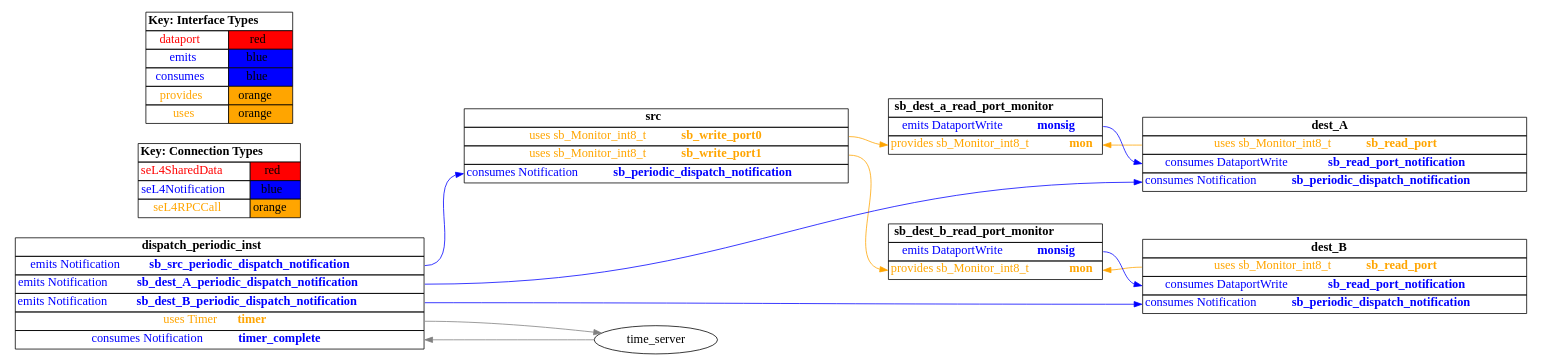
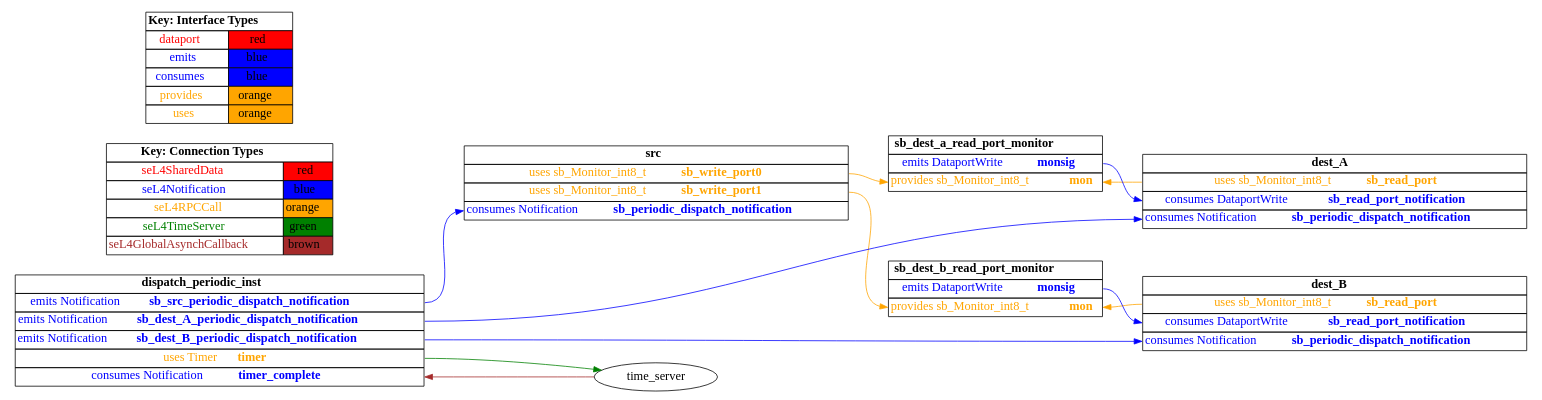
The diagram in TA5/tool-evaluation-4/HAMR/examples/test_data_port_periodic_fan_out/CAmkES_seL4_TB/graph.dot (loonwerks/CASE), drawn with Graphviz before and after one commit. The commit also changed 59 other files, not shown here.

```diff
--- a/TA5/tool-evaluation-4/HAMR/examples/test_data_port_periodic_fan_out/CAmkES_seL4_TB/graph.dot
+++ b/TA5/tool-evaluation-4/HAMR/examples/test_data_port_periodic_fan_out/CAmkES_seL4_TB/graph.dot
@@ -1,177 +1,179 @@
 digraph g {
 graph [
   overlap = false,
   rankdir = "LR"
 ];
 node [
   fontsize = "16",
   shape = "ellipse"
 ];
 edge [
 ];
 
 src [
   label=<
     <TABLE BORDER="0" CELLBORDER="1" CELLSPACING="0">
       <TR><TD><B>src</B></TD></TR>
       <TR><TD PORT="sb_write_port0"><FONT COLOR="orange">uses sb_Monitor_int8_t <B>sb_write_port0</B></FONT></TD></TR>
       <TR><TD PORT="sb_write_port1"><FONT COLOR="orange">uses sb_Monitor_int8_t <B>sb_write_port1</B></FONT></TD></TR>
       <TR><TD PORT="sb_periodic_dispatch_notification"><FONT COLOR="blue">consumes Notification <B>sb_periodic_dispatch_notification</B></FONT></TD></TR>"
     </TABLE>
   >
   shape=plaintext
 ];
 
 dest_A [
   label=<
     <TABLE BORDER="0" CELLBORDER="1" CELLSPACING="0">
       <TR><TD><B>dest_A</B></TD></TR>
       <TR><TD PORT="sb_read_port"><FONT COLOR="orange">uses sb_Monitor_int8_t <B>sb_read_port</B></FONT></TD></TR>
       <TR><TD PORT="sb_read_port_notification"><FONT COLOR="blue">consumes DataportWrite <B>sb_read_port_notification</B></FONT></TD></TR>
       <TR><TD PORT="sb_periodic_dispatch_notification"><FONT COLOR="blue">consumes Notification <B>sb_periodic_dispatch_notification</B></FONT></TD></TR>"
     </TABLE>
   >
   shape=plaintext
 ];
 
 dest_B [
   label=<
     <TABLE BORDER="0" CELLBORDER="1" CELLSPACING="0">
       <TR><TD><B>dest_B</B></TD></TR>
       <TR><TD PORT="sb_read_port"><FONT COLOR="orange">uses sb_Monitor_int8_t <B>sb_read_port</B></FONT></TD></TR>
       <TR><TD PORT="sb_read_port_notification"><FONT COLOR="blue">consumes DataportWrite <B>sb_read_port_notification</B></FONT></TD></TR>
       <TR><TD PORT="sb_periodic_dispatch_notification"><FONT COLOR="blue">consumes Notification <B>sb_periodic_dispatch_notification</B></FONT></TD></TR>"
     </TABLE>
   >
   shape=plaintext
 ];
 
 sb_dest_a_read_port_monitor [
   label=<
     <TABLE BORDER="0" CELLBORDER="1" CELLSPACING="0">
       <TR><TD><B>sb_dest_a_read_port_monitor</B></TD></TR>
       <TR><TD PORT="monsig"><FONT COLOR="blue">emits DataportWrite <B>monsig</B></FONT></TD></TR>
       <TR><TD PORT="mon"><FONT COLOR="orange">provides sb_Monitor_int8_t <B>mon</B></FONT></TD></TR>"
     </TABLE>
   >
   shape=plaintext
 ];
 
 sb_dest_b_read_port_monitor [
   label=<
     <TABLE BORDER="0" CELLBORDER="1" CELLSPACING="0">
       <TR><TD><B>sb_dest_b_read_port_monitor</B></TD></TR>
       <TR><TD PORT="monsig"><FONT COLOR="blue">emits DataportWrite <B>monsig</B></FONT></TD></TR>
       <TR><TD PORT="mon"><FONT COLOR="orange">provides sb_Monitor_int8_t <B>mon</B></FONT></TD></TR>"
     </TABLE>
   >
   shape=plaintext
 ];
 
 dispatch_periodic_inst [
   label=<
     <TABLE BORDER="0" CELLBORDER="1" CELLSPACING="0">
       <TR><TD><B>dispatch_periodic_inst</B></TD></TR>
       <TR><TD PORT="sb_src_periodic_dispatch_notification"><FONT COLOR="blue">emits Notification <B>sb_src_periodic_dispatch_notification</B></FONT></TD></TR>
       <TR><TD PORT="sb_dest_A_periodic_dispatch_notification"><FONT COLOR="blue">emits Notification <B>sb_dest_A_periodic_dispatch_notification</B></FONT></TD></TR>
       <TR><TD PORT="sb_dest_B_periodic_dispatch_notification"><FONT COLOR="blue">emits Notification <B>sb_dest_B_periodic_dispatch_notification</B></FONT></TD></TR>
       <TR><TD PORT="timer"><FONT COLOR="orange">uses Timer <B>timer</B></FONT></TD></TR>
       <TR><TD PORT="timer_complete"><FONT COLOR="blue">consumes Notification <B>timer_complete</B></FONT></TD></TR>"
     </TABLE>
   >
   shape=plaintext
 ];
 
 connectiontypekey [
   label=<
    <TABLE BORDER="0" CELLBORDER="1" CELLSPACING="0">
      <TR><TD COLSPAN="2"><B>Key: Connection Types</B></TD></TR>
      <TR><TD><FONT COLOR="red">seL4SharedData</FONT></TD><TD BGCOLOR="red">red</TD></TR>
      <TR><TD><FONT COLOR="blue">seL4Notification</FONT></TD><TD BGCOLOR="blue">blue</TD></TR>
      <TR><TD><FONT COLOR="orange">seL4RPCCall</FONT></TD><TD BGCOLOR="orange">orange</TD></TR>
+     <TR><TD><FONT COLOR="green">seL4TimeServer</FONT></TD><TD BGCOLOR="green">green</TD></TR>
+     <TR><TD><FONT COLOR="brown">seL4GlobalAsynchCallback</FONT></TD><TD BGCOLOR="brown">brown</TD></TR>
    </TABLE>
   >
   shape=plaintext
 ];
 
 interfacetypekey [
   label=<
    <TABLE BORDER="0" CELLBORDER="1" CELLSPACING="0">
      <TR><TD COLSPAN="2"><B>Key: Interface Types</B></TD></TR>
      <TR><TD><FONT COLOR="red">dataport</FONT></TD><TD BGCOLOR="red">red</TD></TR>
      <TR><TD><FONT COLOR="blue">emits</FONT></TD><TD BGCOLOR="blue">blue</TD></TR>
      <TR><TD><FONT COLOR="blue">consumes</FONT></TD><TD BGCOLOR="blue">blue</TD></TR>
      <TR><TD><FONT COLOR="orange">provides</FONT></TD><TD BGCOLOR="orange">orange</TD></TR>
      <TR><TD><FONT COLOR="orange">uses</FONT></TD><TD BGCOLOR="orange">orange</TD></TR>
    </TABLE>
   >
   shape=plaintext
 ];
 
 "dispatch_periodic_inst":sb_src_periodic_dispatch_notification -> "src":sb_periodic_dispatch_notification [
   color="blue"
   //label = "seL4Notification"
   id = conn1
 ];
 
 "dispatch_periodic_inst":sb_dest_A_periodic_dispatch_notification -> "dest_A":sb_periodic_dispatch_notification [
   color="blue"
   //label = "seL4Notification"
   id = conn2
 ];
 
 "dispatch_periodic_inst":sb_dest_B_periodic_dispatch_notification -> "dest_B":sb_periodic_dispatch_notification [
   color="blue"
   //label = "seL4Notification"
   id = conn3
 ];
 
 "src":sb_write_port0 -> "sb_dest_a_read_port_monitor":mon [
   color="orange"
   //label = "seL4RPCCall"
   id = conn4
 ];
 
 "dest_A":sb_read_port -> "sb_dest_a_read_port_monitor":mon [
   color="orange"
   //label = "seL4RPCCall"
   id = conn5
 ];
 
 "sb_dest_a_read_port_monitor":monsig -> "dest_A":sb_read_port_notification [
   color="blue"
   //label = "seL4Notification"
   id = conn6
 ];
 
 "src":sb_write_port1 -> "sb_dest_b_read_port_monitor":mon [
   color="orange"
   //label = "seL4RPCCall"
   id = conn7
 ];
 
 "dest_B":sb_read_port -> "sb_dest_b_read_port_monitor":mon [
   color="orange"
   //label = "seL4RPCCall"
   id = conn8
 ];
 
 "sb_dest_b_read_port_monitor":monsig -> "dest_B":sb_read_port_notification [
   color="blue"
   //label = "seL4Notification"
   id = conn9
 ];
 
 "dispatch_periodic_inst":timer -> "time_server":the_timer [
-  color="grey"
+  color="green"
   //label = "seL4TimeServer"
   id = conn10
 ];
 
 "time_server":timer_notification -> "dispatch_periodic_inst":timer_complete [
-  color="grey"
+  color="brown"
   //label = "seL4GlobalAsynchCallback"
   id = conn11
 ];
 
 }
```
